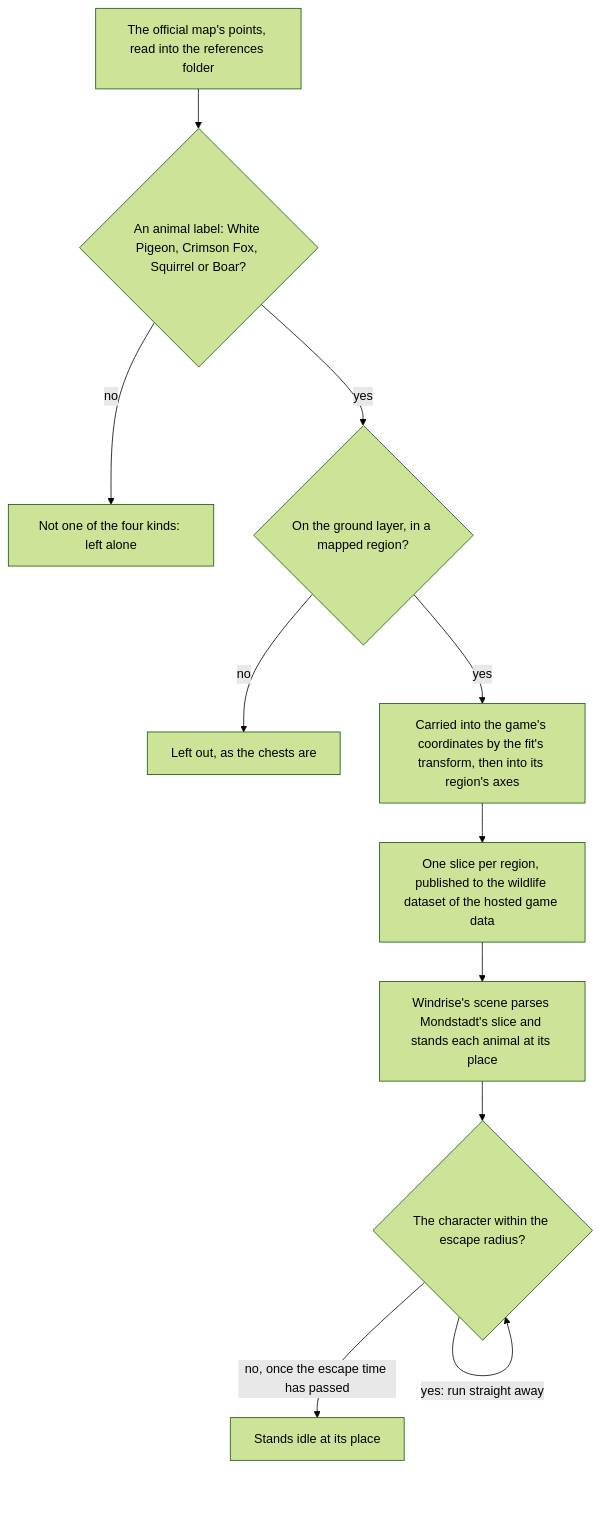
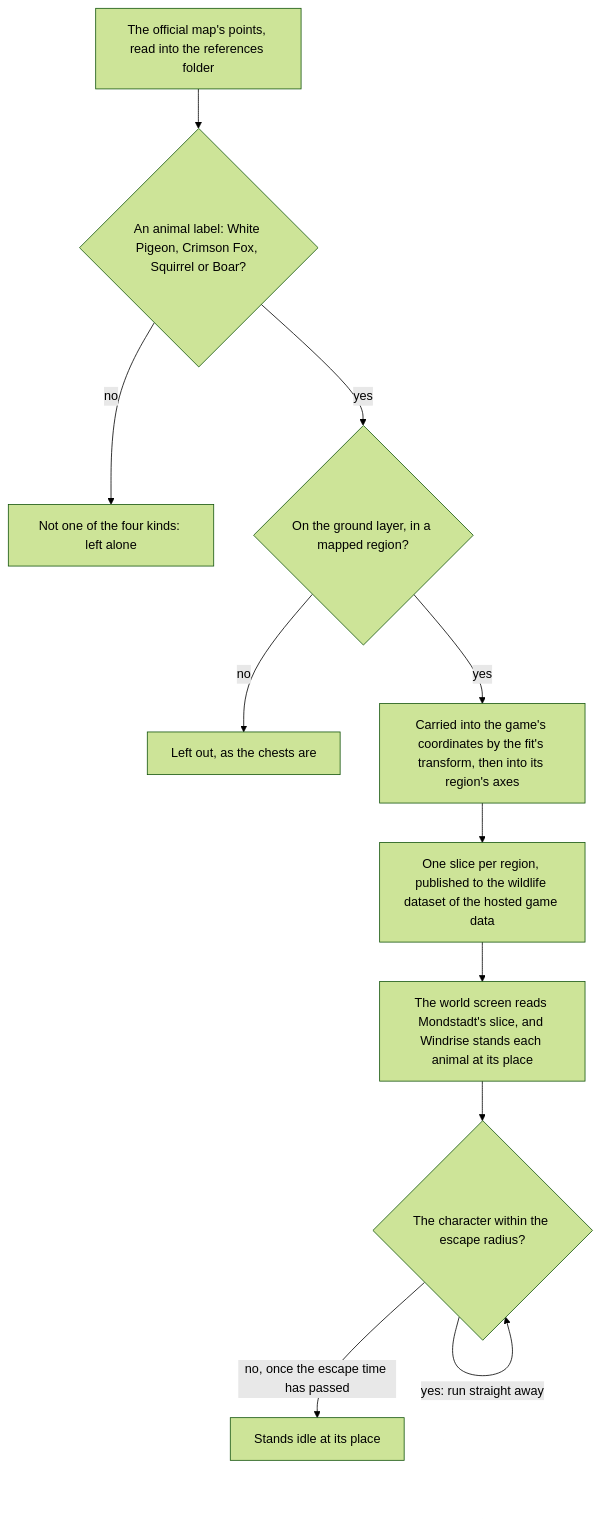
The diagram in openspec/specs/genshin/wildlife/design.md (Esposter/Esposter), drawn with Mermaid (forest theme) before and after one commit. The commit also changed other lines of this file and 6 other files, not shown here.

````diff
--- a/openspec/specs/genshin/wildlife/design.md
+++ b/openspec/specs/genshin/wildlife/design.md
@@ -7,13 +7,13 @@
 ```mermaid
 flowchart TD
   P["The official map's points, read into the references folder"] --> K{"An animal label: White Pigeon, Crimson Fox, Squirrel or Boar?"}
   K -->|"no"| SKIP["Not one of the four kinds: left alone"]
   K -->|"yes"| L{"On the ground layer, in a mapped region?"}
   L -->|"no"| UG["Left out, as the chests are"]
   L -->|"yes"| T["Carried into the game's coordinates by the fit's transform, then into its region's axes"]
   T --> S["One slice per region, published to the wildlife dataset of the hosted game data"]
-  S --> V["Windrise's scene parses Mondstadt's slice and stands each animal at its place"]
+  S --> V["The world screen reads Mondstadt's slice, and Windrise stands each animal at its place"]
   V --> F{"The character within the escape radius?"}
   F -->|"yes: run straight away"| F
   F -->|"no, once the escape time has passed"| I["Stands idle at its place"]
 ```
````
